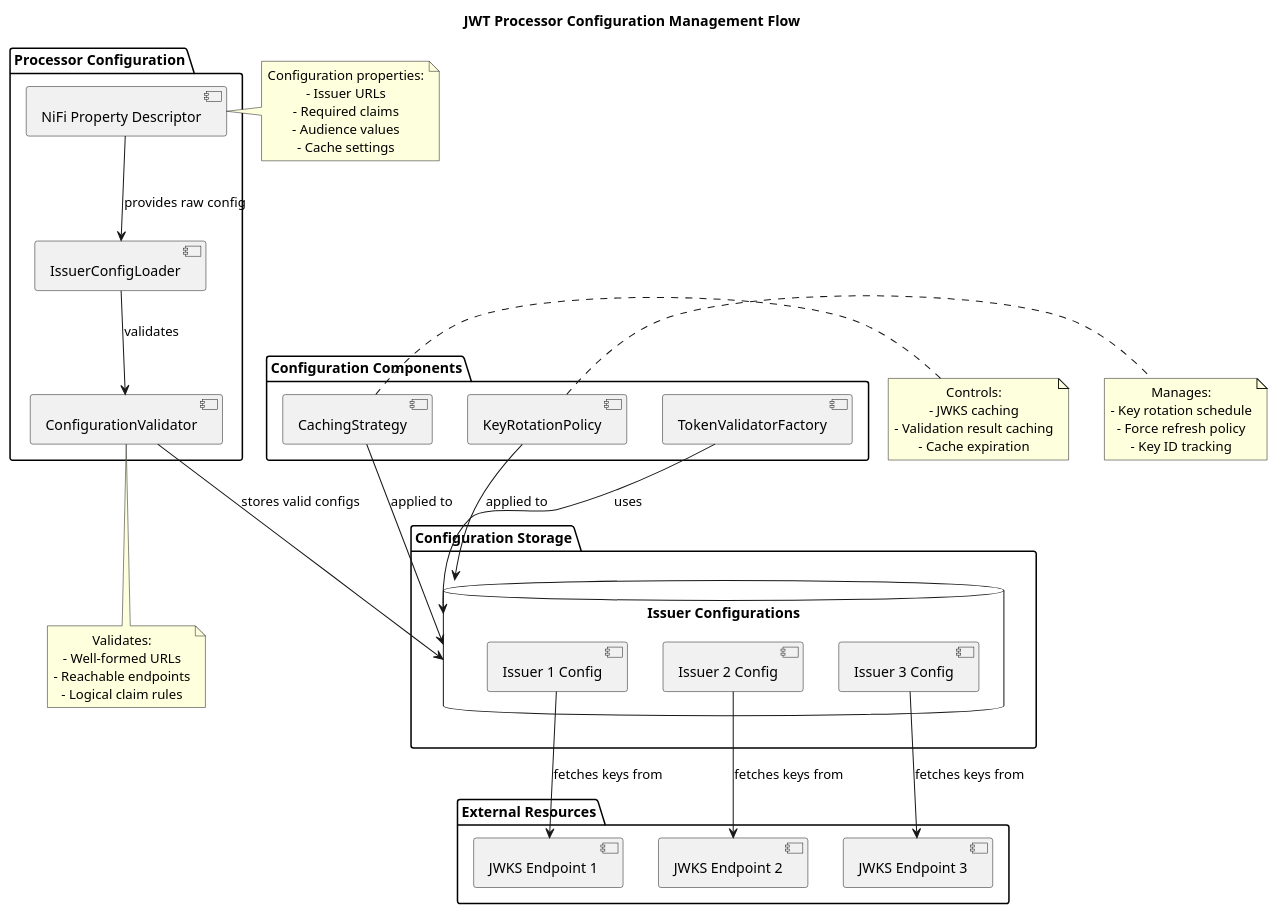
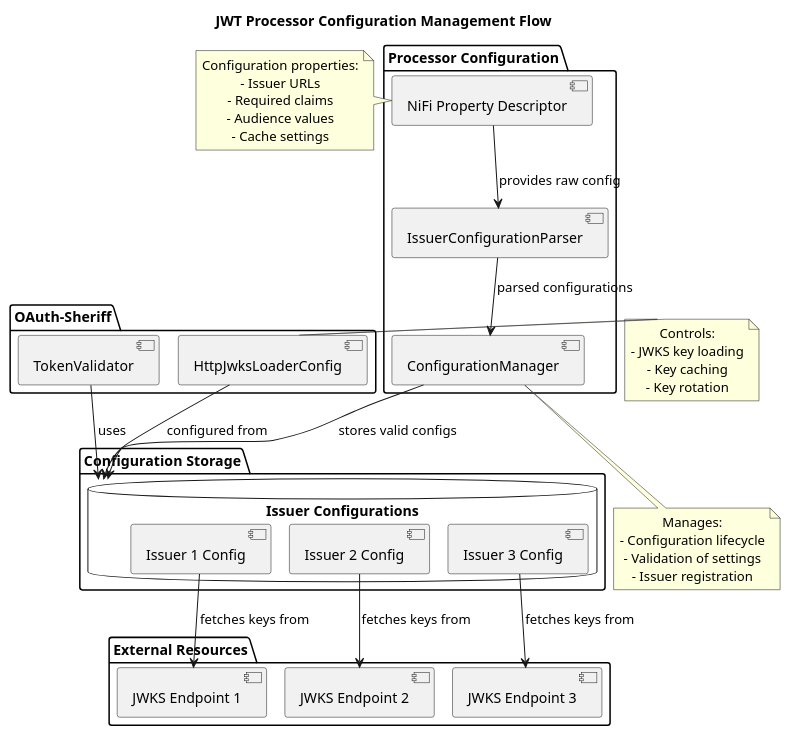
One commit to cuioss/nifi-extensions changed the diagram in doc/plantuml/configuration-management.puml. Above: the diagram before and after it, drawn with PlantUML. The commit also changed 39 other files, not shown here.

First line of the commit message:
fix: update PlantUML diagrams with correct library and component names (#117)

```diff
--- a/doc/plantuml/configuration-management.puml
+++ b/doc/plantuml/configuration-management.puml
@@ -1,74 +1,66 @@
 @startuml configuration-management
+!pragma layout smetana
 skinparam defaultTextAlignment center
 skinparam componentStyle uml2
 
 title "JWT Processor Configuration Management Flow"
 
 package "Processor Configuration" {
   [NiFi Property Descriptor] as properties
-  [IssuerConfigLoader] as configLoader
-  [ConfigurationValidator] as configValidator
+  [IssuerConfigurationParser] as configParser
+  [ConfigurationManager] as configManager
 }
 
 package "Configuration Storage" {
   database "Issuer Configurations" as issuerConfigs {
     [Issuer 1 Config] as config1
     [Issuer 2 Config] as config2
     [Issuer 3 Config] as config3
   }
 }
 
-package "Configuration Components" {
-  [TokenValidatorFactory] as validatorFactory
-  [CachingStrategy] as cachingStrategy
-  [KeyRotationPolicy] as keyRotation
+package "OAuth-Sheriff" {
+  [TokenValidator] as tokenValidator
+  [HttpJwksLoaderConfig] as jwksLoader
 }
 
 package "External Resources" {
   [JWKS Endpoint 1] as jwks1
   [JWKS Endpoint 2] as jwks2
   [JWKS Endpoint 3] as jwks3
 }
 
 ' Relationships
-properties --> configLoader : provides raw config
-configLoader --> configValidator : validates
-configValidator --> issuerConfigs : stores valid configs
-validatorFactory --> issuerConfigs : uses
-cachingStrategy --> issuerConfigs : applied to
-keyRotation --> issuerConfigs : applied to
+properties --> configParser : provides raw config
+configParser --> configManager : parsed configurations
+configManager --> issuerConfigs : stores valid configs
+tokenValidator --> issuerConfigs : uses
+jwksLoader --> issuerConfigs : configured from
 
 config1 --> jwks1 : fetches keys from
 config2 --> jwks2 : fetches keys from
 config3 --> jwks3 : fetches keys from
 
 note right of properties
   Configuration properties:
   - Issuer URLs
   - Required claims
   - Audience values
   - Cache settings
 end note
 
-note bottom of configValidator
-  Validates:
-  - Well-formed URLs
-  - Reachable endpoints
-  - Logical claim rules
+note bottom of configManager
+  Manages:
+  - Configuration lifecycle
+  - Validation of settings
+  - Issuer registration
 end note
 
-note right of cachingStrategy
+note right of jwksLoader
   Controls:
-  - JWKS caching
-  - Validation result caching
-  - Cache expiration
-end note
-
-note right of keyRotation
-  Manages:
-  - Key rotation schedule
-  - Force refresh policy
-  - Key ID tracking
+  - JWKS key loading
+  - Key caching
+  - Key rotation
 end note
 
 @enduml
```
